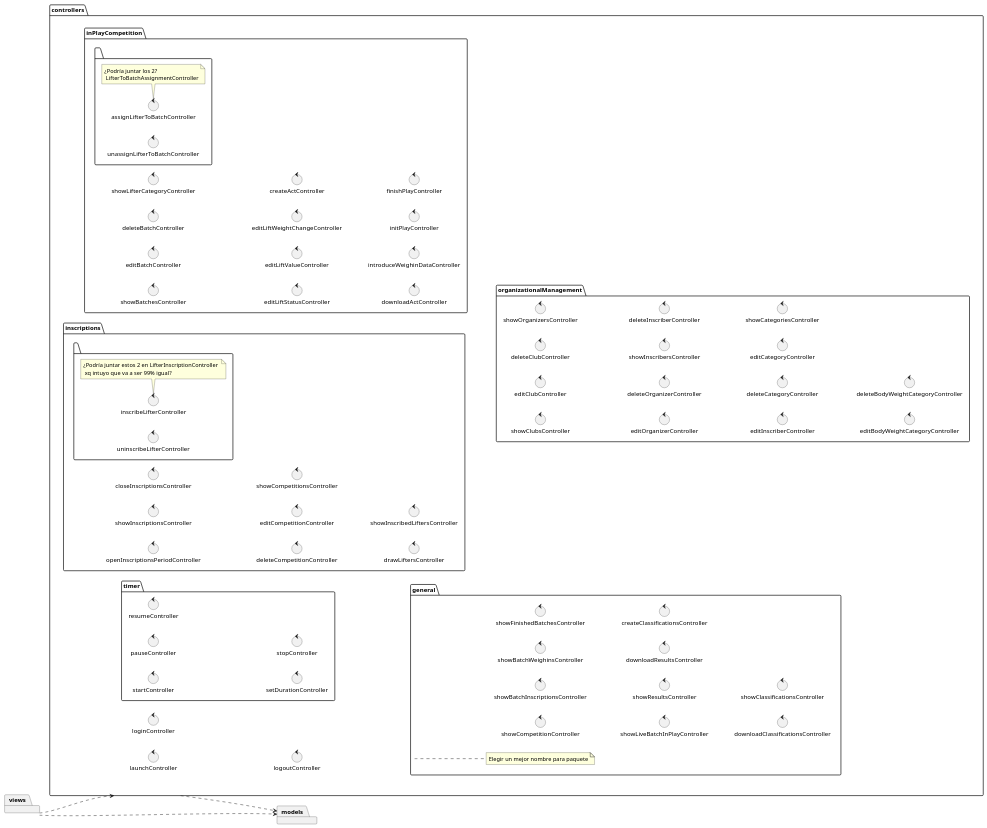
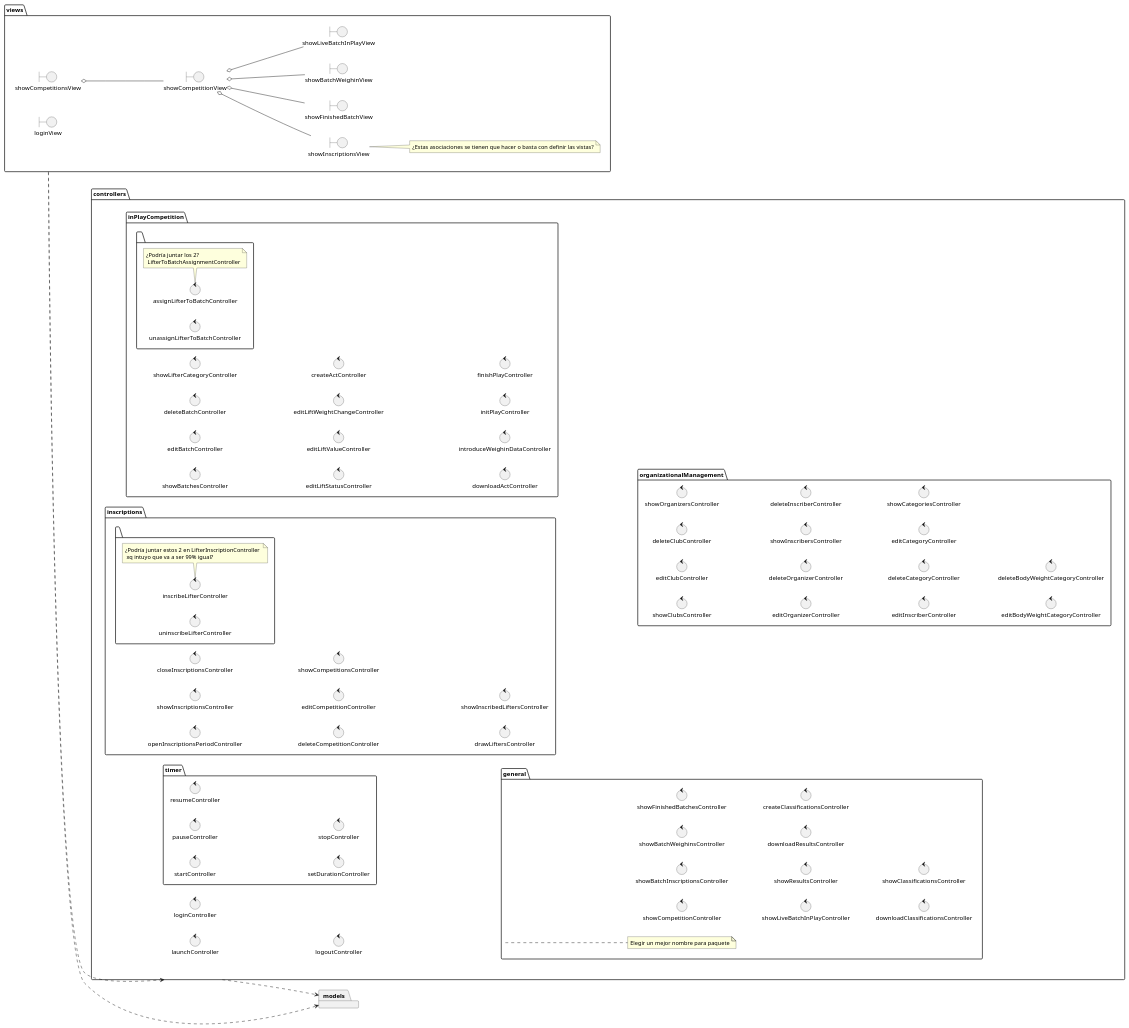
The diagram in documentation/diagrams/2_analysis/ArchitectureAnalysis.puml (zuldare/mastercloud_pfm_halterocms), drawn with PlantUML before and after one commit.

Commit message:
Added views

```diff
--- a/documentation/diagrams/2_analysis/ArchitectureAnalysis.puml
+++ b/documentation/diagrams/2_analysis/ArchitectureAnalysis.puml
@@ -1,105 +1,124 @@
 @startuml
 
 left to right direction
 
 package views {
+  boundary showCompetitionsView
+  boundary showCompetitionView
+
+
+
+
+  boundary showInscriptionsView
+  boundary showFinishedBatchView
+  boundary showBatchWeighinView
+  boundary showLiveBatchInPlayView
+
+  boundary loginView
+
+  showCompetitionsView o-- showCompetitionView
+  note right of showInscriptionsView: ¿Estas asociaciones se tienen que hacer o basta con definir las vistas?
+  showCompetitionView o-- showInscriptionsView
+  showCompetitionView o-- showFinishedBatchView
+  showCompetitionView o-- showBatchWeighinView
+  showCompetitionView o-- showLiveBatchInPlayView
 }
 
 package controllers {
 
   package inPlayCompetition {
       control showBatchesController
       control editBatchController
       control deleteBatchController
 
       package "  " {
         control assignLifterToBatchController
         control unassignLifterToBatchController
         note bottom of assignLifterToBatchController: ¿Podría juntar los 2? \n LifterToBatchAssignmentController
       }
 
       control showLifterCategoryController
       control editLiftStatusController
       control editLiftValueController
       control editLiftWeightChangeController
       control createActController
       control downloadActController
       control introduceWeighinDataController
       control initPlayController
       control finishPlayController
   }
 
   package inscriptions {
     control openInscriptionsPeriodController
     control showInscriptionsController
     control closeInscriptionsController
     control deleteCompetitionController
     control editCompetitionController
     control showCompetitionsController
     control drawLiftersController
 
     package " " {
       control inscribeLifterController
       control uninscribeLifterController
       note bottom of inscribeLifterController: ¿Podría juntar estos 2 en LifterInscriptionController \n xq intuyo que va a ser 99% igual?
     }
     control showInscribedLiftersController
   }
 
   package timer {
       control startController
       control pauseController
       control resumeController
       control setDurationController
       control stopController
    }
 
   package organizationalManagement {
     control showClubsController
     control editClubController
     control deleteClubController
     control showOrganizersController
     control editOrganizerController
     control deleteOrganizerController
     control showInscribersController
     control deleteInscriberController
     control editInscriberController
     control deleteCategoryController
     control editCategoryController
     control showCategoriesController
     control editBodyWeightCategoryController
     control deleteBodyWeightCategoryController
   }
 
 
 package general {
   note right of general: Elegir un mejor nombre para paquete
   control showCompetitionController
   control showBatchInscriptionsController
   control showBatchWeighinsController
   control showFinishedBatchesController
   control showLiveBatchInPlayController
   control showResultsController
   control downloadResultsController
   control showCompetitionsController
   control createClassificationsController
   control downloadClassificationsController
   control showClassificationsController
 }
 
   control launchController
   control loginController
   control logoutController
 
 }
 
 
 package models {
 }
 
 views ..> controllers
 views ..> models
 controllers ..> models
 
 
 @enduml
```
